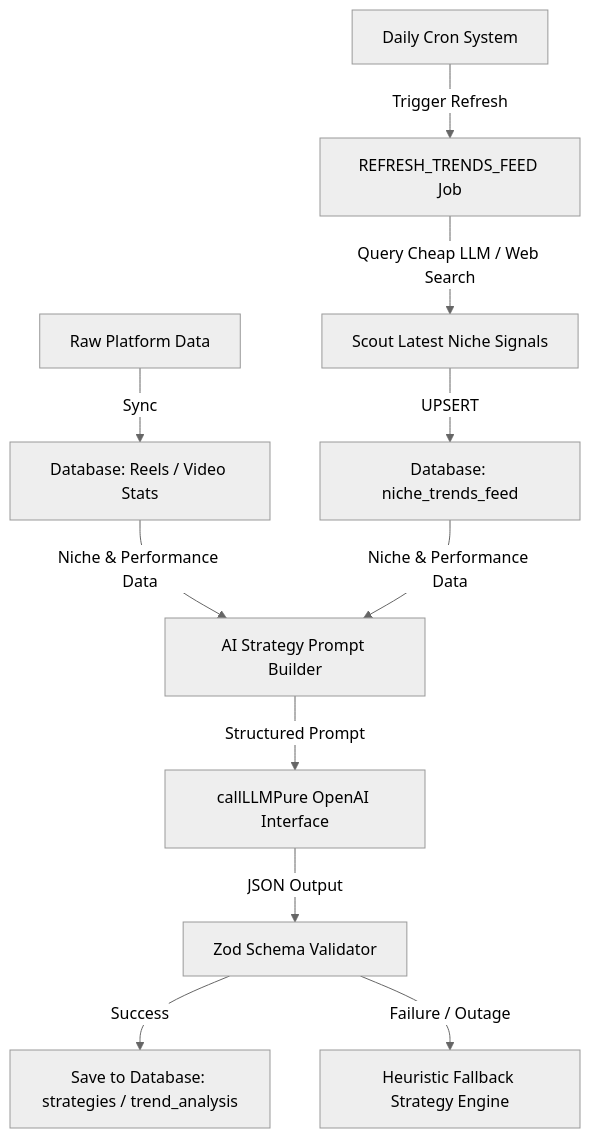
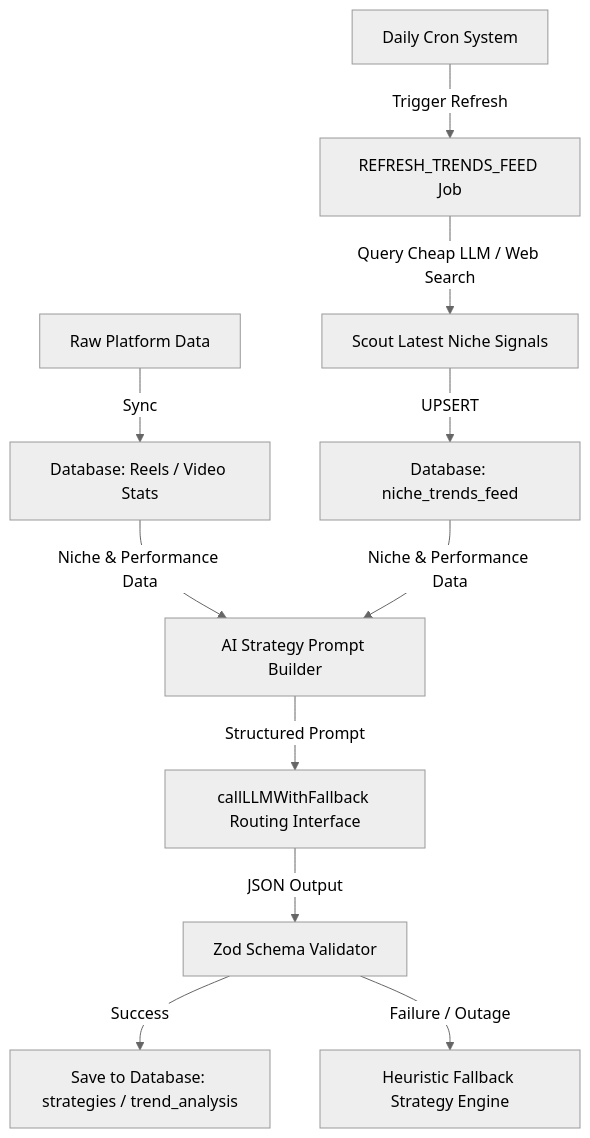
Before and after one commit to Jainam2848/ReelMetrics: the diagram in docs/ai-trends-strategy.md, drawn with Mermaid (neutral theme). The commit also changed other lines of this file and 25 other files, not shown here.

Commit message:
feat(llm): migrate to Gemini & DeepSeek with resilient fallback routing & Instagram connection guide

````diff
--- a/docs/ai-trends-strategy.md
+++ b/docs/ai-trends-strategy.md
@@ -11,13 +11,13 @@
 ```mermaid
 flowchart TD
     CRON[Daily Cron System] -->|Trigger Refresh| J[REFRESH_TRENDS_FEED Job]
     J -->|Query Cheap LLM / Web Search| K[Scout Latest Niche Signals]
     K -->|UPSERT| NTF[Database: niche_trends_feed]
     
     A[Raw Platform Data] -->|Sync| B[Database: Reels / Video Stats]
     B & NTF -->|Niche & Performance Data| E[AI Strategy Prompt Builder]
-    E -->|Structured Prompt| F[callLLMPure OpenAI Interface]
+    E -->|Structured Prompt| F[callLLMWithFallback Routing Interface]
     F -->|JSON Output| G[Zod Schema Validator]
     G -->|Success| H[Save to Database: strategies / trend_analysis]
     G -->|Failure / Outage| I[Heuristic Fallback Strategy Engine]
 ```
````
